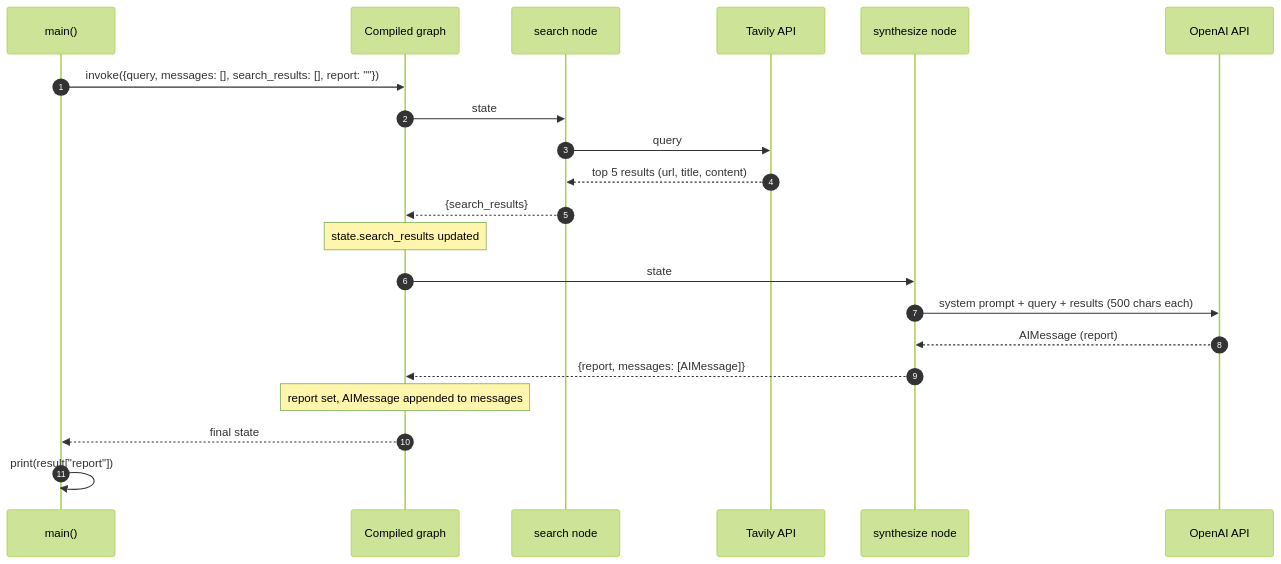
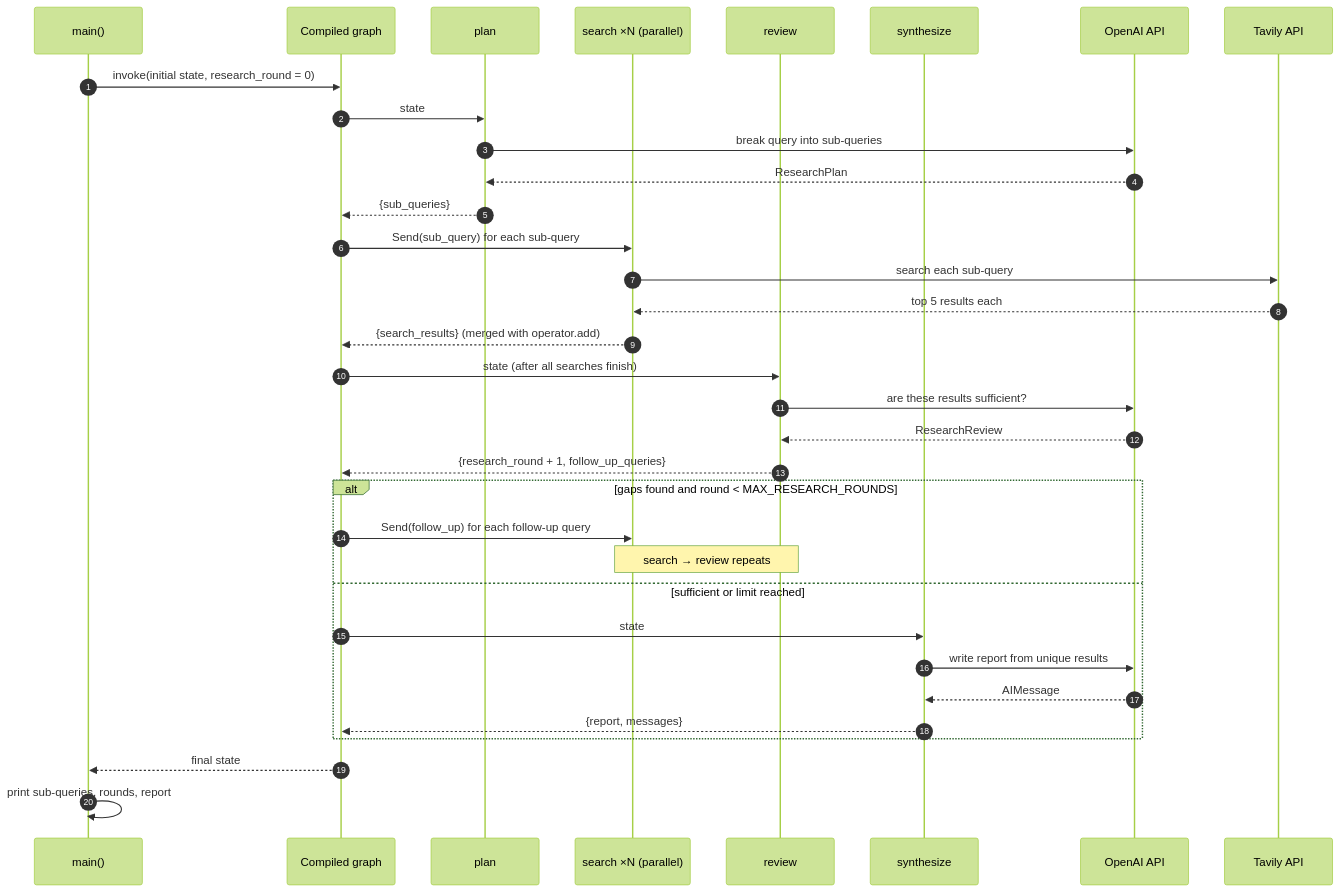
One commit to gowlikarr/WebSearch_LangChain changed the second of 2 diagrams in README.md. Above: the diagram before and after it, drawn with Mermaid (forest theme). The commit also changed other lines of this file and 1 other file, not shown here.

Commit message:
Orachestration for multiple search

````diff
--- a/README.md
+++ b/README.md
@@ -32,24 +53,37 @@
 ```mermaid
 sequenceDiagram
     autonumber
     participant CLI as main()
     participant G as Compiled graph
-    participant S as search node
+    participant P as plan
+    participant S as search ×N (parallel)
+    participant R as review
+    participant Y as synthesize
+    participant O as OpenAI API
     participant T as Tavily API
-    participant Y as synthesize node
-    participant O as OpenAI API
 
-    CLI->>G: invoke({query, messages: [], search_results: [], report: ""})
-    G->>S: state
-    S->>T: query
-    T-->>S: top 5 results (url, title, content)
-    S-->>G: {search_results}
-    Note over G: state.search_results updated
-    G->>Y: state
-    Y->>O: system prompt + query + results (500 chars each)
-    O-->>Y: AIMessage (report)
-    Y-->>G: {report, messages: [AIMessage]}
-    Note over G: report set, AIMessage appended to messages
+    CLI->>G: invoke(initial state, research_round = 0)
+    G->>P: state
+    P->>O: break query into sub-queries
+    O-->>P: ResearchPlan
+    P-->>G: {sub_queries}
+    G->>S: Send(sub_query) for each sub-query
+    S->>T: search each sub-query
+    T-->>S: top 5 results each
+    S-->>G: {search_results} (merged with operator.add)
+    G->>R: state (after all searches finish)
+    R->>O: are these results sufficient?
+    O-->>R: ResearchReview
+    R-->>G: {research_round + 1, follow_up_queries}
+    alt gaps found and round < MAX_RESEARCH_ROUNDS
+        G->>S: Send(follow_up) for each follow-up query
+        Note over S,R: search → review repeats
+    else sufficient or limit reached
+        G->>Y: state
+        Y->>O: write report from unique results
+        O-->>Y: AIMessage
+        Y-->>G: {report, messages}
+    end
     G-->>CLI: final state
-    CLI->>CLI: print(result["report"])
+    CLI->>CLI: print sub-queries, rounds, report
 ```
````
